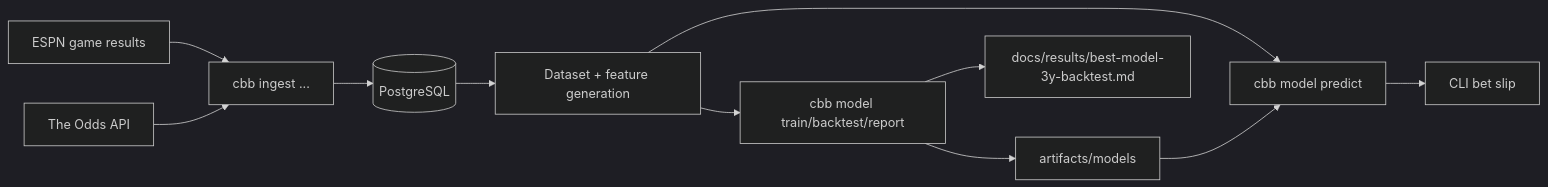
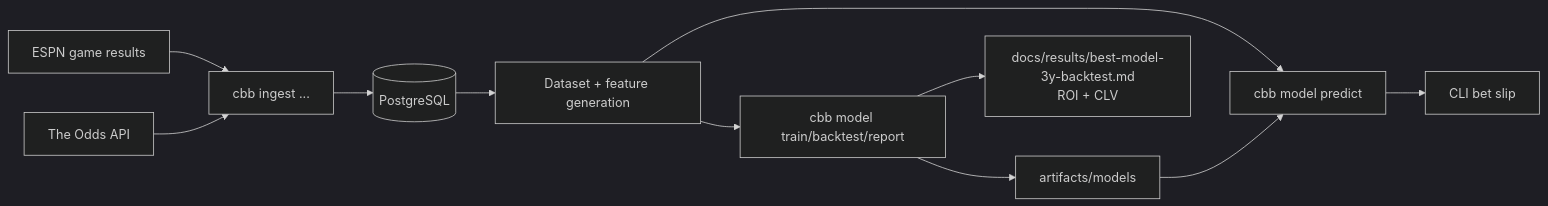
One commit to tomwalsh421-lang/maumau changed the diagram in cbb-upsets/docs/architecture.md. Above: the diagram before and after it, drawn with Mermaid (dark theme). The commit also changed other lines of this file and 27 other files, not shown here.

````diff
--- a/cbb-upsets/docs/architecture.md
+++ b/cbb-upsets/docs/architecture.md
@@ -30,24 +30,24 @@
 ```mermaid
 flowchart LR
     ESPN[ESPN game results]
     Odds[The Odds API]
     Ingest[cbb ingest ...]
     PG[(PostgreSQL)]
     Features[Dataset + feature generation]
     Train[cbb model train/backtest/report]
     Predict[cbb model predict]
     Artifacts[artifacts/models]
-    Report[docs/results/best-model-3y-backtest.md]
+    Report[docs/results/best-model-3y-backtest.md<br/>ROI + CLV]
     Slip[CLI bet slip]
 
     ESPN --> Ingest
     Odds --> Ingest
     Ingest --> PG
     PG --> Features
     Features --> Train
     Features --> Predict
     Train --> Artifacts
     Train --> Report
     Artifacts --> Predict
     Predict --> Slip
 ```
````
